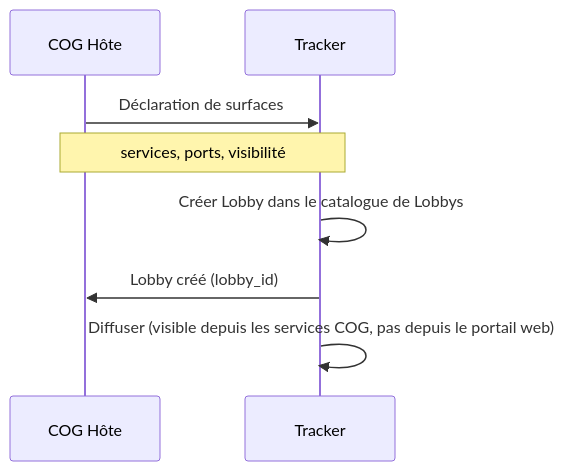
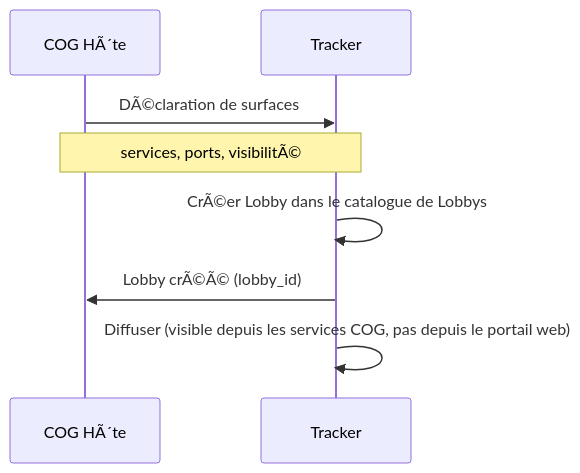
The first of 5 diagrams in docs/miyukini-webway-system/lobbys/MWS - Lobbys Favoris et Amis.md (StudioMiyukini/miyukini_cog), drawn with Mermaid before and after one commit. The commit also changed other lines of this file and 1287 other files, not shown here.

````diff
--- a/docs/miyukini-webway-system/lobbys/MWS - Lobbys Favoris et Amis.md
+++ b/docs/miyukini-webway-system/lobbys/MWS - Lobbys Favoris et Amis.md
@@ -30,11 +30,11 @@
 ```mermaid
 sequenceDiagram
-    participant COG as COG Hôte
+    participant COG as COG HÃ´te
     participant T as Tracker
 
-    COG->>T: Déclaration de surfaces
-    Note over COG,T: services, ports, visibilité
-    T->>T: Créer Lobby dans le catalogue de Lobbys
-    T->>COG: Lobby créé (lobby_id)
+    COG->>T: DÃ©claration de surfaces
+    Note over COG,T: services, ports, visibilitÃ©
+    T->>T: CrÃ©er Lobby dans le catalogue de Lobbys
+    T->>COG: Lobby crÃ©Ã© (lobby_id)
     T->>T: Diffuser (visible depuis les services COG, pas depuis le portail web)
 ```
````
